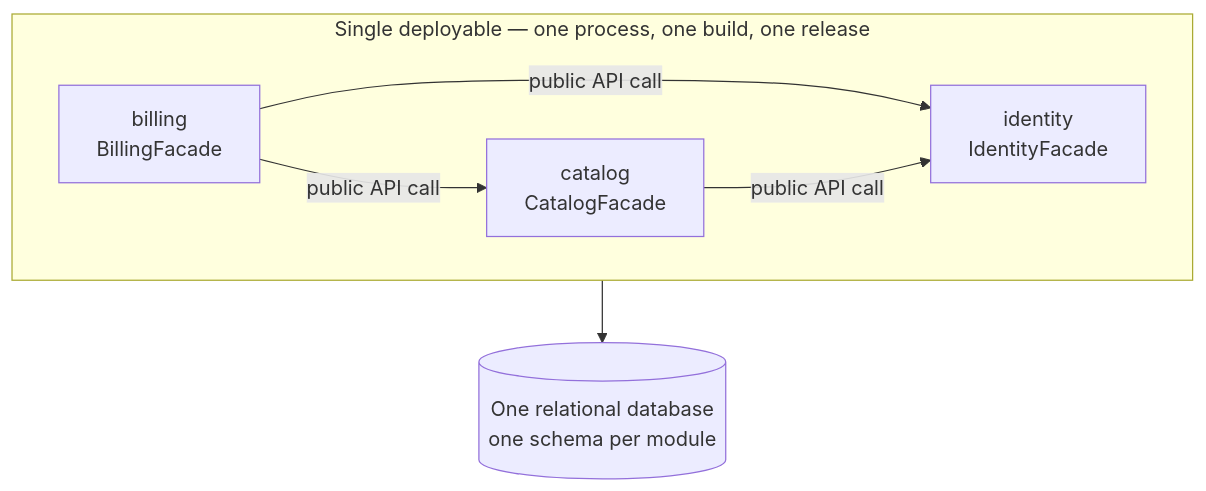
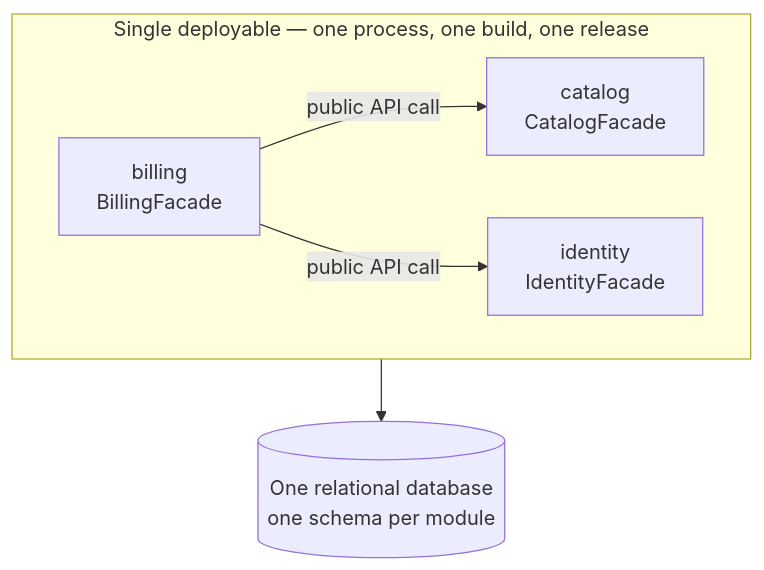
The diagram in docs/05-architecture/modular-monolith.md (Naudi13/budget-tracker), drawn with Mermaid before and after one commit. The commit also changed other lines of this file and 5 other files, not shown here.

First line of the commit message:
fix(architecture): correct identity framing, ADR template paths, threshold logic and boundary rules

````diff
--- a/docs/05-architecture/modular-monolith.md
+++ b/docs/05-architecture/modular-monolith.md
@@ -22,12 +22,11 @@
 ```mermaid
 flowchart TB
     subgraph App["Single deployable — one process, one build, one release"]
         Catalog["catalog<br/>CatalogFacade"]
         Billing["billing<br/>BillingFacade"]
         Identity["identity<br/>IdentityFacade"]
         Billing -->|public API call| Catalog
         Billing -->|public API call| Identity
-        Catalog -->|public API call| Identity
     end
     App --> DB[("One relational database<br/>one schema per module")]
 ```
````
